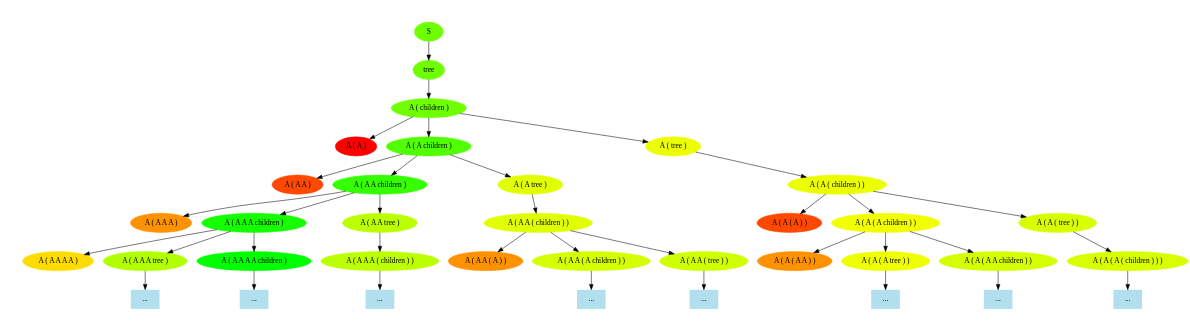
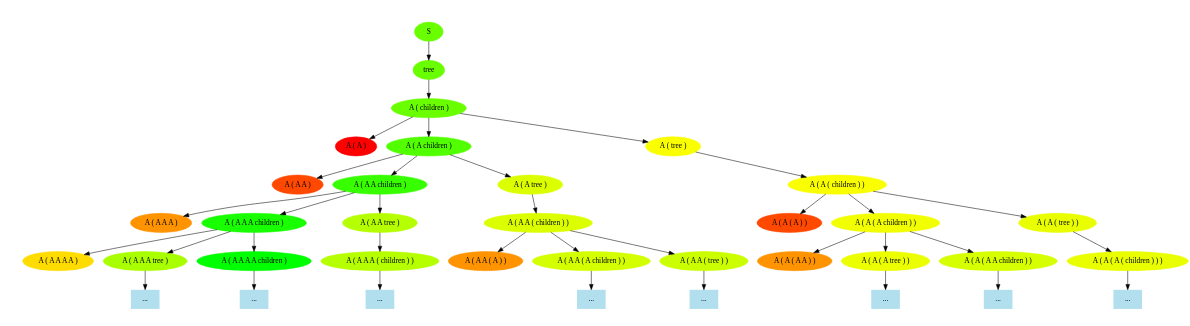
One commit to scheidere/bt_learning changed the diagram in tree.gv. Above: the diagram before and after it, drawn with Graphviz. The commit also changed 2 other files, not shown here.

```diff
--- a/tree.gv
+++ b/tree.gv
@@ -1,75 +1,75 @@
 digraph "search tree" {
 	node [color=lightblue2 style=filled]
 	size="6,6"
-	140140371103616 [label="A ( A )" color="#ff0000"]
-	140140371070848 -> 140140371103616
-	140140691898096 [label="A ( A A )" color="#ff4900"]
-	140140371101168 -> 140140691898096
-	140140691936896 [label="A ( A ( A ) )" color="#ff4900"]
-	140140691871504 -> 140140691936896
-	140140692004808 [label="A ( A A A )" color="#ff9200"]
-	140140691938984 -> 140140692004808
-	140140692014648 [label="A ( A A ( A ) )" color="#ff9200"]
-	140140691930216 -> 140140692014648
-	140140692002648 [label="A ( A ( A A ) )" color="#ff9200"]
-	140140691896440 -> 140140692002648
-	140140691729008 [label="A ( A A A A )" color="#ffdc00"]
-	140140371114392 -> 140140691729008
-	140140691896440 [label="A ( A ( A children ) )" color="#f1ff00"]
-	140140691871504 -> 140140691896440
-	140140691980800 [label="A ( A ( A tree ) )" color="#efff00"]
-	140140691896440 -> 140140691980800
-	"140140691980800..." [label="..." shape=plaintext]
-	140140691980800 -> "140140691980800..."
-	140140371102464 [label="A ( tree )" color="#ecff00"]
-	140140371070848 -> 140140371102464
-	140140691871504 [label="A ( A ( children ) )" color="#ecff00"]
-	140140371102464 -> 140140691871504
-	140140691873304 [label="A ( A tree )" color="#e1ff00"]
-	140140371101168 -> 140140691873304
-	140140691930216 [label="A ( A A ( children ) )" color="#e0ff00"]
-	140140691873304 -> 140140691930216
-	140140691927480 [label="A ( A ( tree ) )" color="#d8ff00"]
-	140140691871504 -> 140140691927480
-	140140691859432 [label="A ( A ( A ( children ) ) )" color="#d8ff00"]
-	140140691927480 -> 140140691859432
-	"140140691859432..." [label="..." shape=plaintext]
-	140140691859432 -> "140140691859432..."
-	140140692044256 [label="A ( A A ( A children ) )" color="#d4ff00"]
-	140140691930216 -> 140140692044256
-	"140140692044256..." [label="..." shape=plaintext]
-	140140692044256 -> "140140692044256..."
-	140140371108208 [label="A ( A ( A A children ) )" color="#d4ff00"]
-	140140691896440 -> 140140371108208
-	"140140371108208..." [label="..." shape=plaintext]
-	140140371108208 -> "140140371108208..."
-	140140691616040 [label="A ( A A ( tree ) )" color="#d0ff00"]
-	140140691930216 -> 140140691616040
-	"140140691616040..." [label="..." shape=plaintext]
-	140140691616040 -> "140140691616040..."
-	140140691893424 [label="A ( A A A ( children ) )" color="#bcff00"]
-	140140691983104 -> 140140691893424
-	"140140691893424..." [label="..." shape=plaintext]
-	140140691893424 -> "140140691893424..."
-	140140691983104 [label="A ( A A tree )" color="#bcff00"]
-	140140691938984 -> 140140691983104
-	140140691890328 [label="A ( A A A tree )" color="#b2ff00"]
-	140140371114392 -> 140140691890328
-	"140140691890328..." [label="..." shape=plaintext]
-	140140691890328 -> "140140691890328..."
-	140140371068616 [label=tree color="#6eff00"]
-	140140371068904 -> 140140371068616
-	140140371068904 [label=S color="#6eff00"]
-	140140371070848 [label="A ( children )" color="#6eff00"]
-	140140371068616 -> 140140371070848
-	140140371101168 [label="A ( A children )" color="#50ff00"]
-	140140371070848 -> 140140371101168
-	140140691938984 [label="A ( A A children )" color="#35ff00"]
-	140140371101168 -> 140140691938984
-	140140371114392 [label="A ( A A A children )" color="#16ff00"]
-	140140691938984 -> 140140371114392
-	140140691644216 [label="A ( A A A A children )" color="#00ff00"]
-	140140371114392 -> 140140691644216
-	"140140691644216..." [label="..." shape=plaintext]
-	140140691644216 -> "140140691644216..."
+	140559449788288 [label="A ( A )" color="#ff0000"]
+	140559449767808 -> 140559449788288
+	140559449802584 [label="A ( A ( A ) )" color="#ff4900"]
+	140559770556176 -> 140559449802584
+	140559770632136 [label="A ( A A )" color="#ff4900"]
+	140559449787136 -> 140559770632136
+	140559449804744 [label="A ( A A A )" color="#ff9300"]
+	140559770558408 -> 140559449804744
+	140559770766728 [label="A ( A A ( A ) )" color="#ff9300"]
+	140559770677472 -> 140559770766728
+	140559770692640 [label="A ( A ( A A ) )" color="#ff9300"]
+	140559770630480 -> 140559770692640
+	140559770394992 [label="A ( A A A A )" color="#ffdc00"]
+	140559770689976 -> 140559770394992
+	140559770556176 [label="A ( A ( children ) )" color="#faff00"]
+	140559449785552 -> 140559770556176
+	140559449785552 [label="A ( tree )" color="#faff00"]
+	140559449767808 -> 140559449785552
+	140559770630480 [label="A ( A ( A children ) )" color="#f2ff00"]
+	140559770556176 -> 140559770630480
+	140559770621568 [label="A ( A ( A tree ) )" color="#ecff00"]
+	140559770630480 -> 140559770621568
+	"140559770621568..." [label="..." shape=plaintext]
+	140559770621568 -> "140559770621568..."
+	140559770626888 [label="A ( A ( A ( children ) ) )" color="#e9ff00"]
+	140559770580968 -> 140559770626888
+	"140559770626888..." [label="..." shape=plaintext]
+	140559770626888 -> "140559770626888..."
+	140559770580968 [label="A ( A ( tree ) )" color="#e9ff00"]
+	140559770556176 -> 140559770580968
+	140559770582912 [label="A ( A tree )" color="#dcff00"]
+	140559449787136 -> 140559770582912
+	140559770677472 [label="A ( A A ( children ) )" color="#dcff00"]
+	140559770582912 -> 140559770677472
+	140559770680280 [label="A ( A ( A A children ) )" color="#d6ff00"]
+	140559770630480 -> 140559770680280
+	"140559770680280..." [label="..." shape=plaintext]
+	140559770680280 -> "140559770680280..."
+	140559770671080 [label="A ( A A ( A children ) )" color="#d3ff00"]
+	140559770677472 -> 140559770671080
+	"140559770671080..." [label="..." shape=plaintext]
+	140559770671080 -> "140559770671080..."
+	140559770764208 [label="A ( A A ( tree ) )" color="#cbff00"]
+	140559770677472 -> 140559770764208
+	"140559770764208..." [label="..." shape=plaintext]
+	140559770764208 -> "140559770764208..."
+	140559770729720 [label="A ( A A tree )" color="#b6ff00"]
+	140559770558408 -> 140559770729720
+	140559770417560 [label="A ( A A A ( children ) )" color="#b6ff00"]
+	140559770729720 -> 140559770417560
+	"140559770417560..." [label="..." shape=plaintext]
+	140559770417560 -> "140559770417560..."
+	140559770062000 [label="A ( A A A tree )" color="#a9ff00"]
+	140559770689976 -> 140559770062000
+	"140559770062000..." [label="..." shape=plaintext]
+	140559770062000 -> "140559770062000..."
+	140559449765576 [label=tree color="#6aff00"]
+	140559449765864 -> 140559449765576
+	140559449765864 [label=S color="#6aff00"]
+	140559449767808 [label="A ( children )" color="#6aff00"]
+	140559449765576 -> 140559449767808
+	140559449787136 [label="A ( A children )" color="#52ff00"]
+	140559449767808 -> 140559449787136
+	140559770558408 [label="A ( A A children )" color="#37ff00"]
+	140559449787136 -> 140559770558408
+	140559770689976 [label="A ( A A A children )" color="#17ff00"]
+	140559770558408 -> 140559770689976
+	140559770760040 [label="A ( A A A A children )" color="#00ff00"]
+	140559770689976 -> 140559770760040
+	"140559770760040..." [label="..." shape=plaintext]
+	140559770760040 -> "140559770760040..."
 }
```
